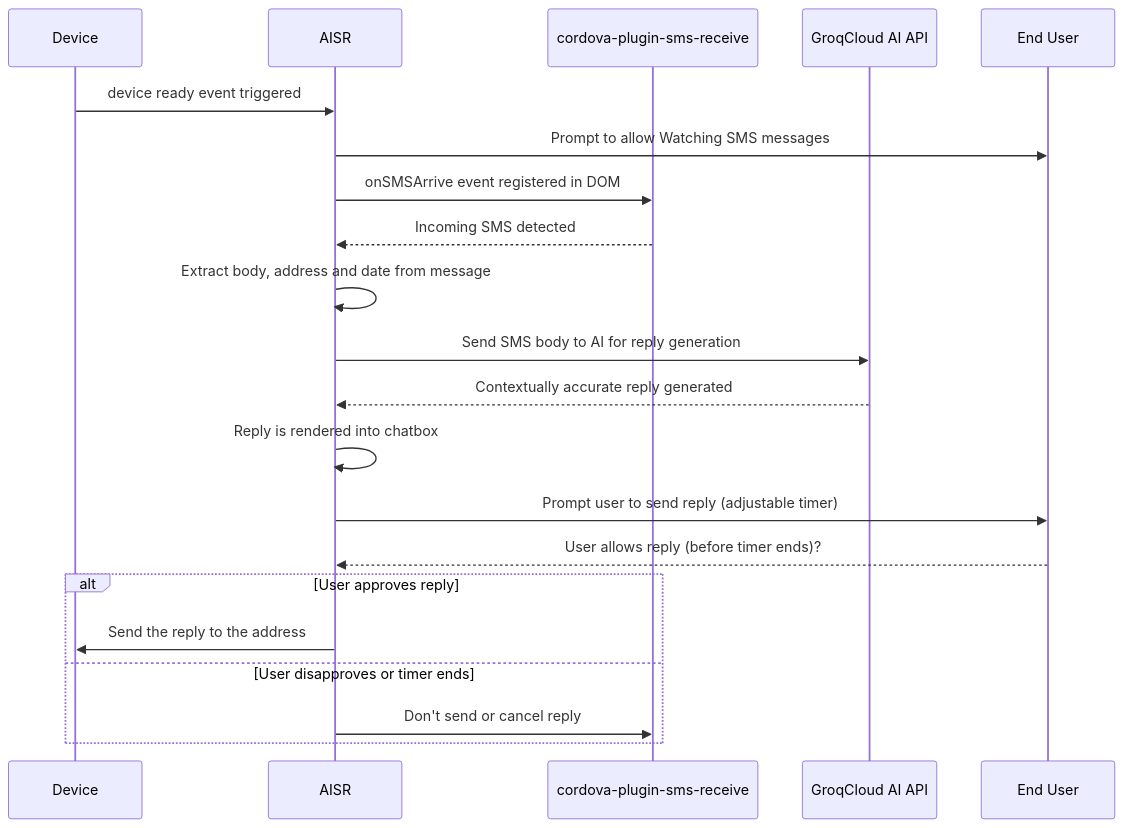
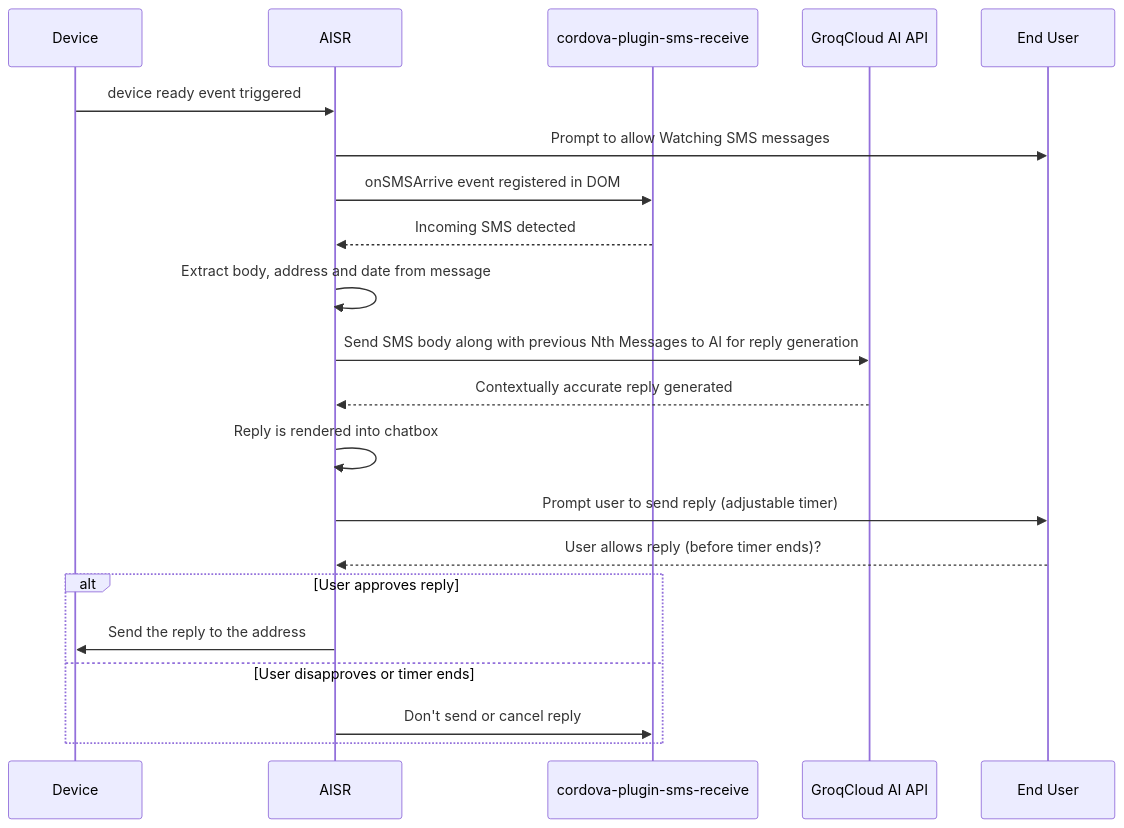
Before and after one commit to MurageKabui/AISR: the diagram in README.md, drawn with Mermaid.

````diff
--- a/README.md
+++ b/README.md
@@ -30,24 +30,24 @@
 ```mermaid
 sequenceDiagram
     participant Device as Device
     participant CordovaApp as AISR
     participant SMSReceive as cordova-plugin-sms-receive
     participant AI as GroqCloud AI API
     participant User as End User
 
     Device->>CordovaApp: device ready event triggered
     CordovaApp->>User: Prompt to allow Watching SMS messages
     CordovaApp->>SMSReceive: onSMSArrive event registered in DOM
     SMSReceive-->>CordovaApp: Incoming SMS detected
     CordovaApp->>CordovaApp: Extract body, address and date from message
-    CordovaApp->>AI: Send SMS body to AI for reply generation
+    CordovaApp->>AI: Send SMS body along with previous Nth Messages to AI for reply generation
     AI-->>CordovaApp: Contextually accurate reply generated
     CordovaApp->>CordovaApp: Reply is rendered into chatbox
     CordovaApp->>User: Prompt user to send reply (adjustable timer)
     User-->>CordovaApp: User allows reply (before timer ends)?
     alt User approves reply
         CordovaApp->>Device: Send the reply to the address
     else User disapproves or timer ends
         CordovaApp->>SMSReceive: Don't send or cancel reply
     end
 ```
````
